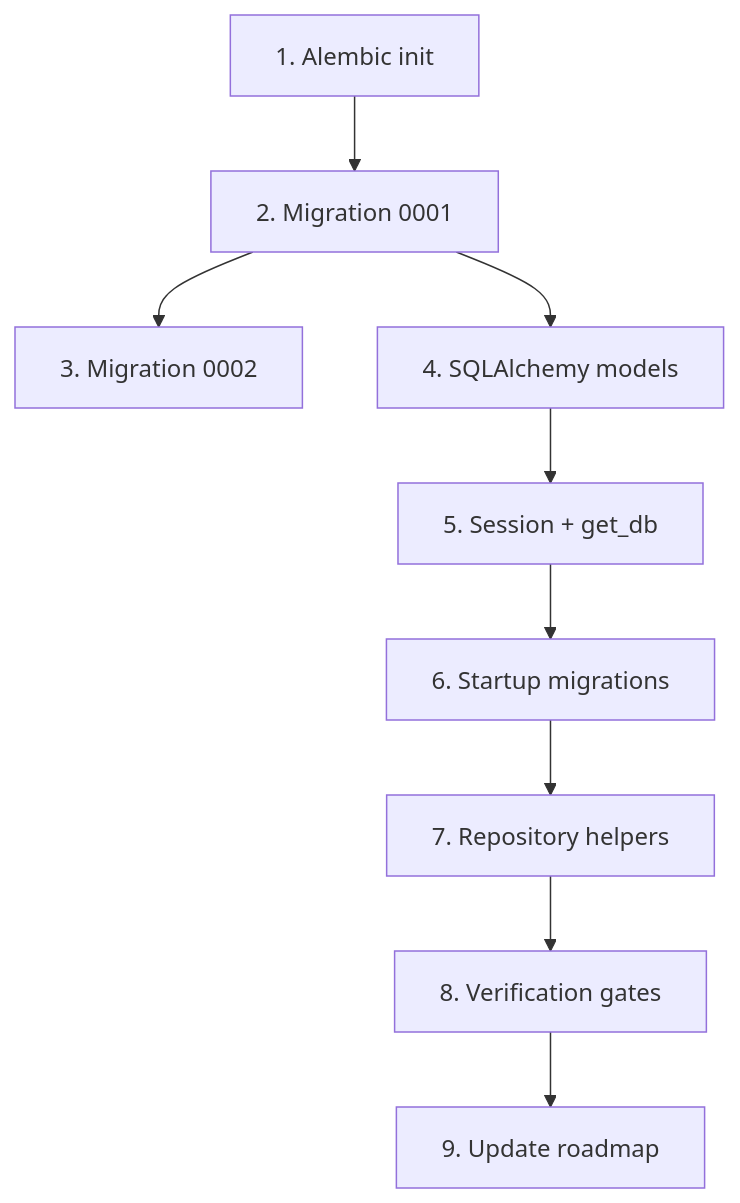
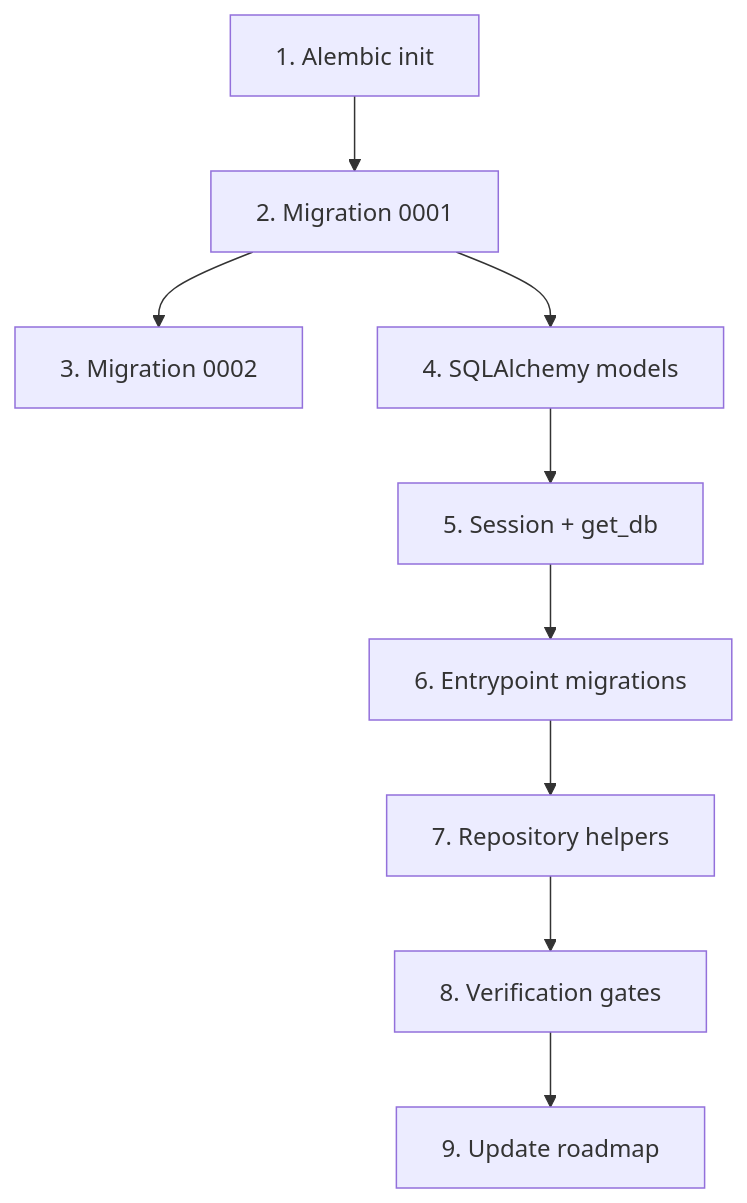
Before and after one commit to BlackLodgeLabs/cuebox: the diagram in documents/phase-1-plan.md, drawn with Mermaid. The commit also changed other lines of this file, not shown here.

````diff
--- a/documents/phase-1-plan.md
+++ b/documents/phase-1-plan.md
@@ -58,11 +58,11 @@
 ```mermaid
 flowchart TD
     A[1. Alembic init] --> B[2. Migration 0001]
     B --> C[3. Migration 0002]
     B --> D[4. SQLAlchemy models]
     D --> E[5. Session + get_db]
-    E --> F[6. Startup migrations]
+    E --> F[6. Entrypoint migrations]
     F --> G[7. Repository helpers]
     G --> H[8. Verification gates]
     H --> I[9. Update roadmap]
 ```
````
